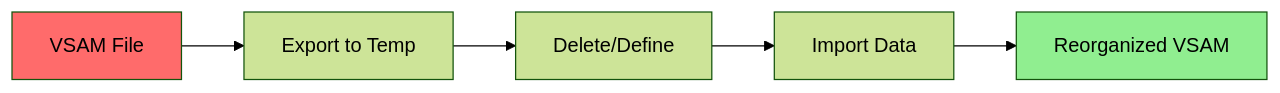
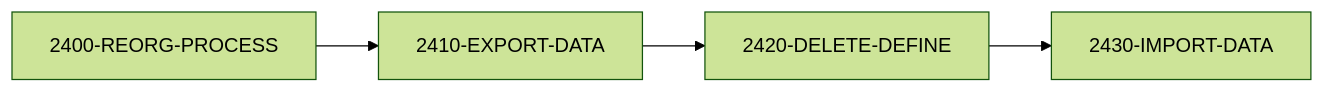
One commit to haladir-com/legacy-benchmark-docs-vb70e1 changed the fourth of 5 diagrams in docs/programs/UTLMNT00.mdx. Above: the diagram before and after it, drawn with Mermaid (forest theme). The commit also changed other lines of this file and 63 other files, not shown here.

````diff
--- a/docs/programs/UTLMNT00.mdx
+++ b/docs/programs/UTLMNT00.mdx
@@ -314,10 +233,6 @@
 ```mermaid
 flowchart LR
-    A[VSAM File] --> B[Export to Temp]
-    B --> C[Delete/Define]
-    C --> D[Import Data]
-    D --> E[Reorganized VSAM]
-    
-    style A fill:#FF6B6B
-    style E fill:#90EE90
+    A[2400-REORG-PROCESS] --> B[2410-EXPORT-DATA]
+    B --> C[2420-DELETE-DEFINE]
+    C --> D[2430-IMPORT-DATA]
 ```
````
